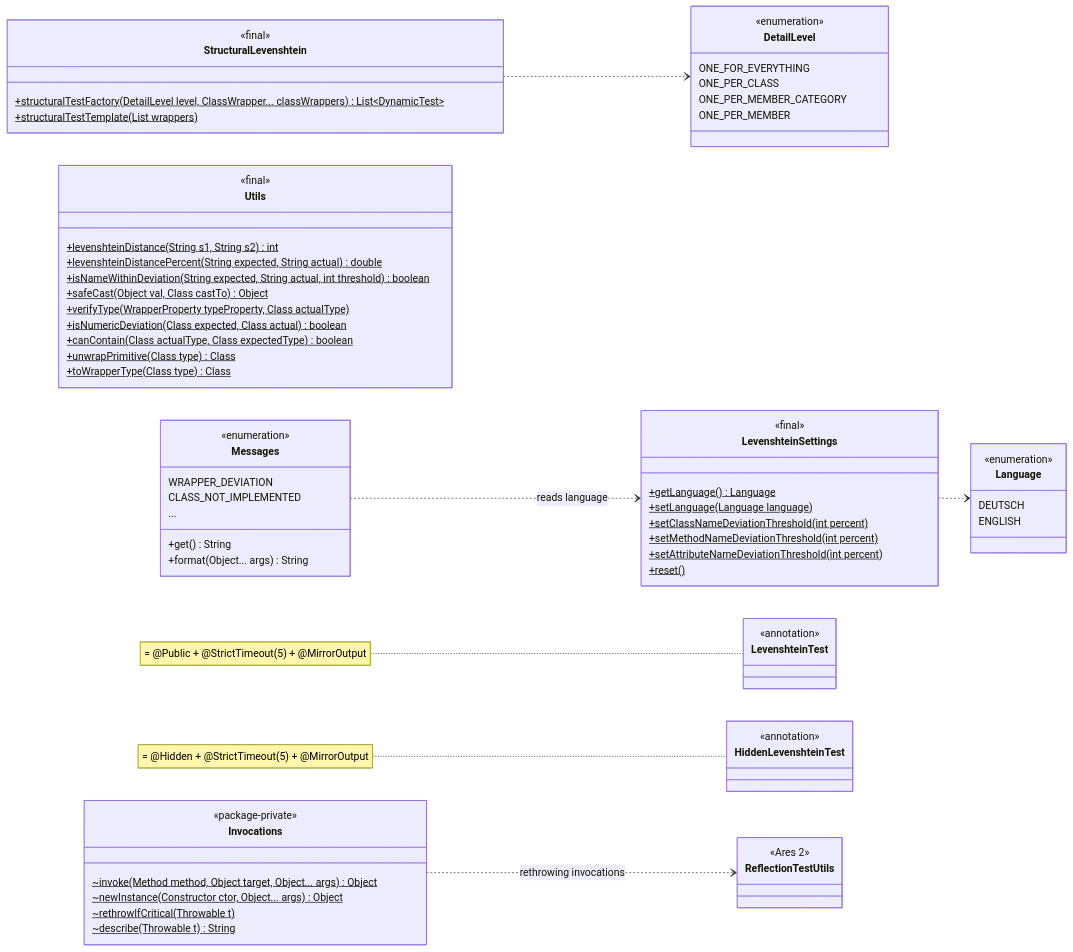
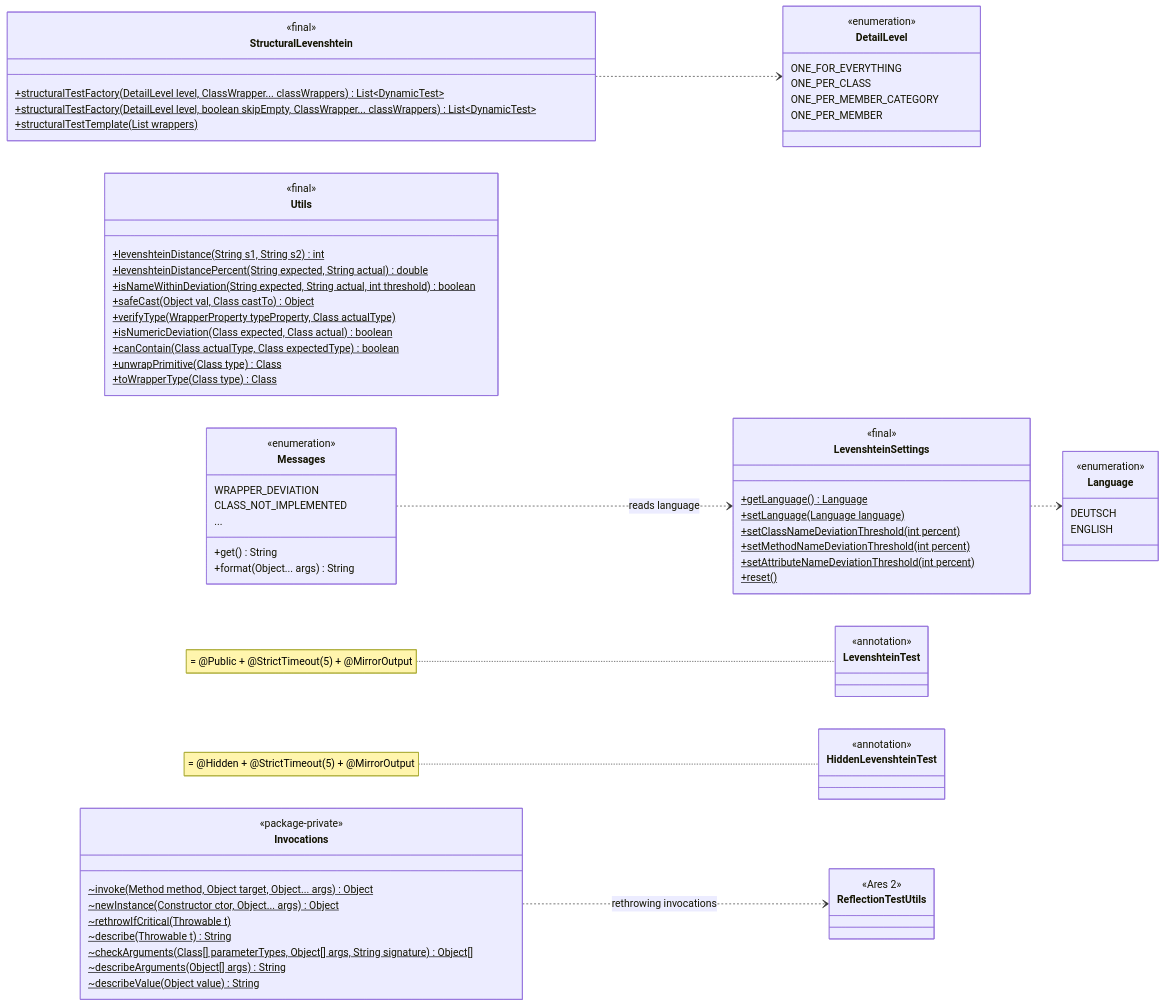
Before and after one commit to ValentinHerrmann/Levenshtein-Testing-Framework: the third of 4 diagrams in docs/architecture.md, drawn with Mermaid. The commit also changed other lines of this file and 21 other files, not shown here.

First line of the commit message:
Fix numeric setValue, array getters/setters, empty structural groups, call context and varargs arrays

````diff
--- a/docs/architecture.md
+++ b/docs/architecture.md
@@ -211,74 +213,78 @@
 ```mermaid
 classDiagram
     direction LR
     class StructuralLevenshtein {
         <<final>>
         +structuralTestFactory(DetailLevel level, ClassWrapper... classWrappers)$ List~DynamicTest~
+        +structuralTestFactory(DetailLevel level, boolean skipEmpty, ClassWrapper... classWrappers)$ List~DynamicTest~
         +structuralTestTemplate(List wrappers)$
     }
     class DetailLevel {
         <<enumeration>>
         ONE_FOR_EVERYTHING
         ONE_PER_CLASS
         ONE_PER_MEMBER_CATEGORY
         ONE_PER_MEMBER
     }
     class Utils {
         <<final>>
         +levenshteinDistance(String s1, String s2)$ int
         +levenshteinDistancePercent(String expected, String actual)$ double
         +isNameWithinDeviation(String expected, String actual, int threshold)$ boolean
         +safeCast(Object val, Class castTo)$ Object
         +verifyType(WrapperProperty typeProperty, Class actualType)$
         +isNumericDeviation(Class expected, Class actual)$ boolean
         +canContain(Class actualType, Class expectedType)$ boolean
         +unwrapPrimitive(Class type)$ Class
         +toWrapperType(Class type)$ Class
     }
     class LevenshteinSettings {
         <<final>>
         +getLanguage()$ Language
         +setLanguage(Language language)$
         +setClassNameDeviationThreshold(int percent)$
         +setMethodNameDeviationThreshold(int percent)$
         +setAttributeNameDeviationThreshold(int percent)$
         +reset()$
     }
     class Language {
         <<enumeration>>
         DEUTSCH
         ENGLISH
     }
     class Messages {
         <<enumeration>>
         WRAPPER_DEVIATION
         CLASS_NOT_IMPLEMENTED
         ...
         +get() String
         +format(Object... args) String
     }
     class Invocations {
         <<package-private>>
         ~invoke(Method method, Object target, Object... args)$ Object
         ~newInstance(Constructor ctor, Object... args)$ Object
         ~rethrowIfCritical(Throwable t)$
         ~describe(Throwable t)$ String
+        ~checkArguments(Class[] parameterTypes, Object[] args, String signature)$ Object[]
+        ~describeArguments(Object[] args)$ String
+        ~describeValue(Object value)$ String
     }
     class LevenshteinTest {
         <<annotation>>
     }
     class HiddenLevenshteinTest {
         <<annotation>>
     }
     class ReflectionTestUtils {
         <<Ares 2>>
     }
 
     StructuralLevenshtein ..> DetailLevel
     LevenshteinSettings ..> Language
     Messages ..> LevenshteinSettings : reads language
     Invocations ..> ReflectionTestUtils : rethrowing invocations
 
     note for LevenshteinTest "= @Public + @StrictTimeout(5) + @MirrorOutput"
     note for HiddenLevenshteinTest "= @Hidden + @StrictTimeout(5) + @MirrorOutput"
 ```
````
